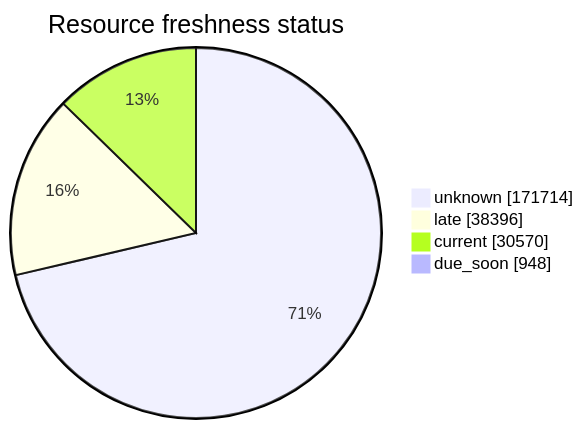
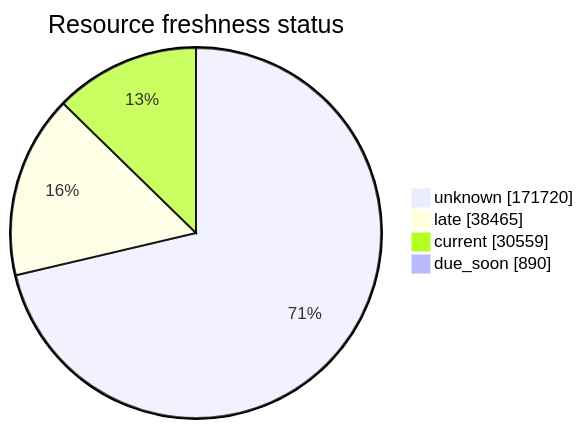
Before and after one commit to open-data/analytics-corporate-reporting: the third of 5 diagrams in FreshCheck/README.md, drawn with Mermaid. The commit also changed other lines of this file and 3 other files, not shown here.

````diff
--- a/FreshCheck/README.md
+++ b/FreshCheck/README.md
@@ -77,7 +77,7 @@
 ```mermaid
 pie showData title Resource freshness status
-    "unknown": 171714
-    "late": 38396
-    "current": 30570
-    "due_soon": 948
+    "unknown": 171720
+    "late": 38465
+    "current": 30559
+    "due_soon": 890
 ```
````
